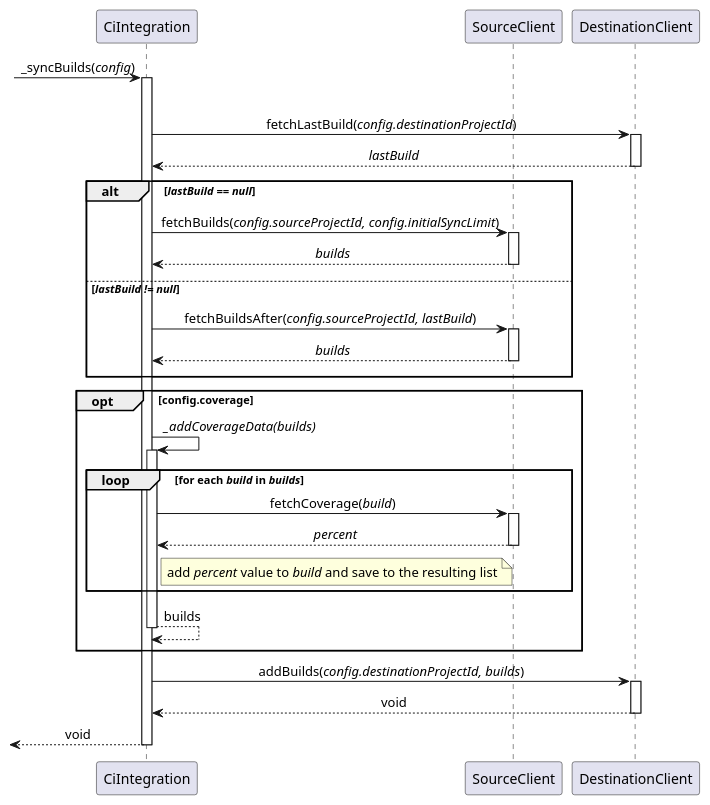
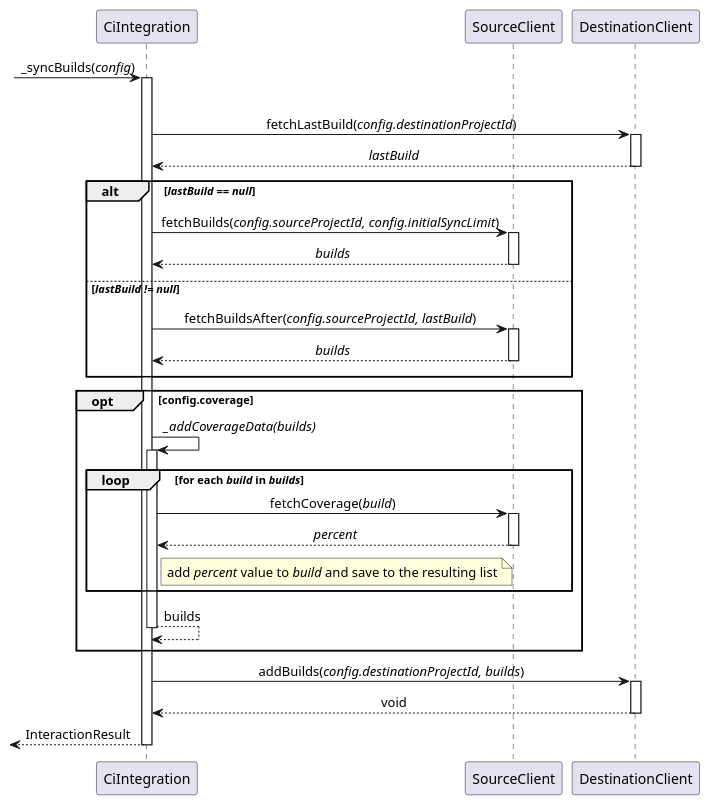
Before and after one commit to Flank/flank-dashboard: the diagram in metrics/ci_integrations/docs/diagrams/sync_builds_stage_sequence_diagram.puml, drawn with PlantUML. The commit also changed 2 other files, not shown here.

Commit message:
minor diagram fixes

```diff
--- a/metrics/ci_integrations/docs/diagrams/sync_builds_stage_sequence_diagram.puml
+++ b/metrics/ci_integrations/docs/diagrams/sync_builds_stage_sequence_diagram.puml
@@ -1,44 +1,44 @@
 @startuml resync_in_progress_sequence_diagram
 'https://plantuml.com/sequence-diagram
 
 skinparam SequenceMessageAlignment center
 
 participant CiIntegration
 participant SourceClient
 participant DestinationClient
 
 ?-> CiIntegration ++ : _syncBuilds(//config//)
 |||
 CiIntegration -> DestinationClient ++ : fetchLastBuild(//config.destinationProjectId//)
 return //lastBuild//
 
 alt //lastBuild == null//
     ||8||
     CiIntegration -> SourceClient ++: fetchBuilds(//config.sourceProjectId, config.initialSyncLimit//)
     return //builds//
     ||8||
 else  //lastBuild != null//
     ||8||
     CiIntegration -> SourceClient ++: fetchBuildsAfter(//config.sourceProjectId, lastBuild//)
     return //builds//
     ||8||
 end
 
 opt config.coverage
     ||8||
     CiIntegration -> CiIntegration ++ : //_addCoverageData(builds)//
     loop for each //build// in //builds//
         CiIntegration -> SourceClient ++ : fetchCoverage(//build//)
         return //percent//
         note right of CiIntegration: add //percent// value to //build// and save to the resulting list
     end
     return builds
     ||8||
 end
 
 CiIntegration -> DestinationClient ++ : addBuilds(//config.destinationProjectId, builds//)
 return void
 
-return void
+return InteractionResult
 
 @enduml
```
